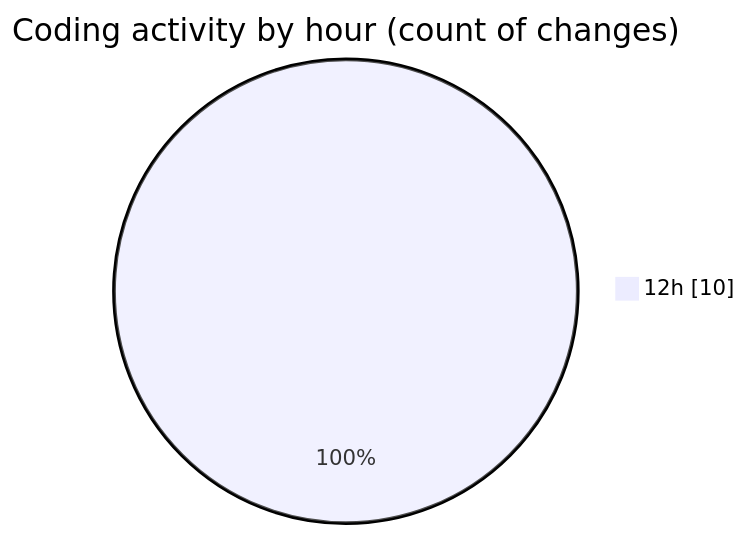
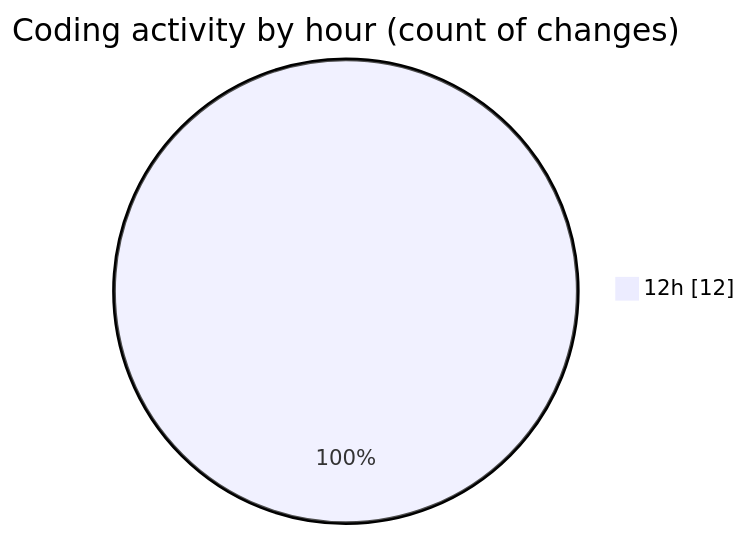
One commit to nxtqubesakshisongat/code-tracking changed the second of 2 diagrams in 2026-03-27/nxtqube_webapp/README.md. Above: the diagram before and after it, drawn with Mermaid. The commit also changed other lines of this file and 1 other file, not shown here.

````diff
--- a/2026-03-27/nxtqube_webapp/README.md
+++ b/2026-03-27/nxtqube_webapp/README.md
@@ -28,5 +31,5 @@
 ```mermaid
 pie showData
 title Coding activity by hour (count of changes)
-"12h" : 10
+"12h" : 12
 ```
````
